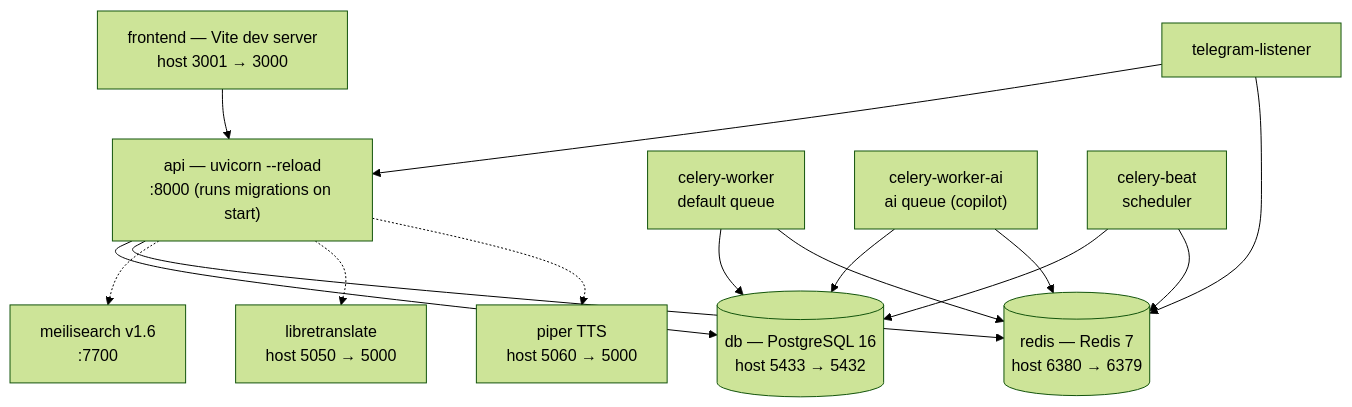
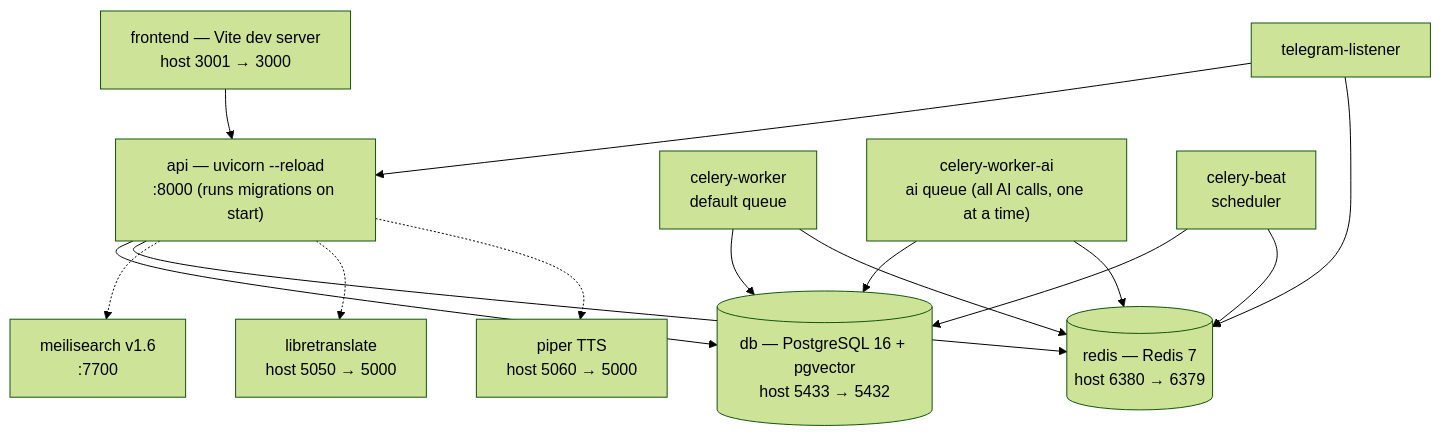
The diagram in docs/diagrams/contributing-dev-stack.md (a-oneil/IntelFeed), drawn with Mermaid (forest theme) before and after one commit. The commit also changed other lines of this file and 101 other files, not shown here.

````diff
--- a/docs/diagrams/contributing-dev-stack.md
+++ b/docs/diagrams/contributing-dev-stack.md
@@ -5,21 +5,21 @@
 ```mermaid
 flowchart TD
     frontend["frontend — Vite dev server<br/>host 3001 → 3000"] --> api
     api["api — uvicorn --reload<br/>:8000 (runs migrations on start)"] --> db
     api --> redis
     api -.-> meili["meilisearch v1.6<br/>:7700"]
     api -.-> lt["libretranslate<br/>host 5050 → 5000"]
     api -.-> piper["piper TTS<br/>host 5060 → 5000"]
 
     worker["celery-worker<br/>default queue"] --> db
     worker --> redis
-    cli["celery-worker-ai<br/>ai queue (copilot)"] --> db
+    cli["celery-worker-ai<br/>ai queue (all AI calls, one at a time)"] --> db
     cli --> redis
     beat["celery-beat<br/>scheduler"] --> db
     beat --> redis
     tg["telegram-listener"] --> api
     tg --> redis
 
-    db[("db — PostgreSQL 16<br/>host 5433 → 5432")]
+    db[("db — PostgreSQL 16 + pgvector<br/>host 5433 → 5432")]
     redis[("redis — Redis 7<br/>host 6380 → 6379")]
 ```
````
